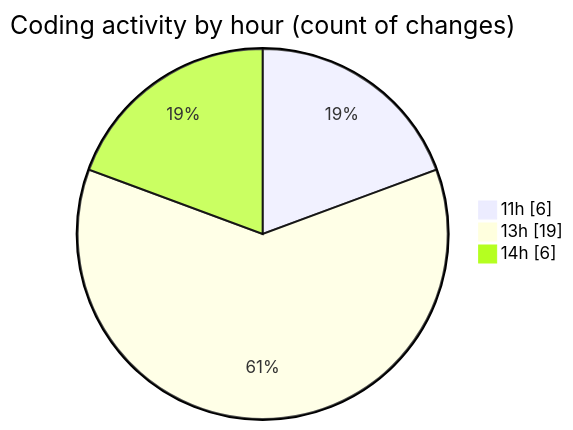
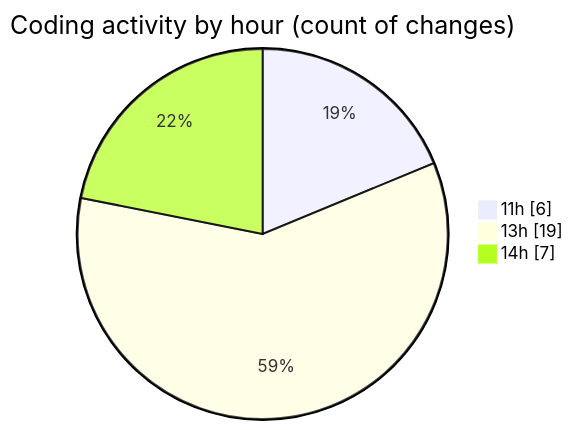
One commit to LanceThiago/code-tracking changed the second of 2 diagrams in 2025-04-24/enre_-_calculadora_de_consumo_v_2022_files/README.md. Above: the diagram before and after it, drawn with Mermaid. The commit also changed other lines of this file and 1 other file, not shown here.

````diff
--- a/2025-04-24/enre_-_calculadora_de_consumo_v_2022_files/README.md
+++ b/2025-04-24/enre_-_calculadora_de_consumo_v_2022_files/README.md
@@ -34,7 +34,7 @@
 ```mermaid
 pie showData
 title Coding activity by hour (count of changes)
 "11h" : 6
 "13h" : 19
-"14h" : 6
+"14h" : 7
 ```
````
